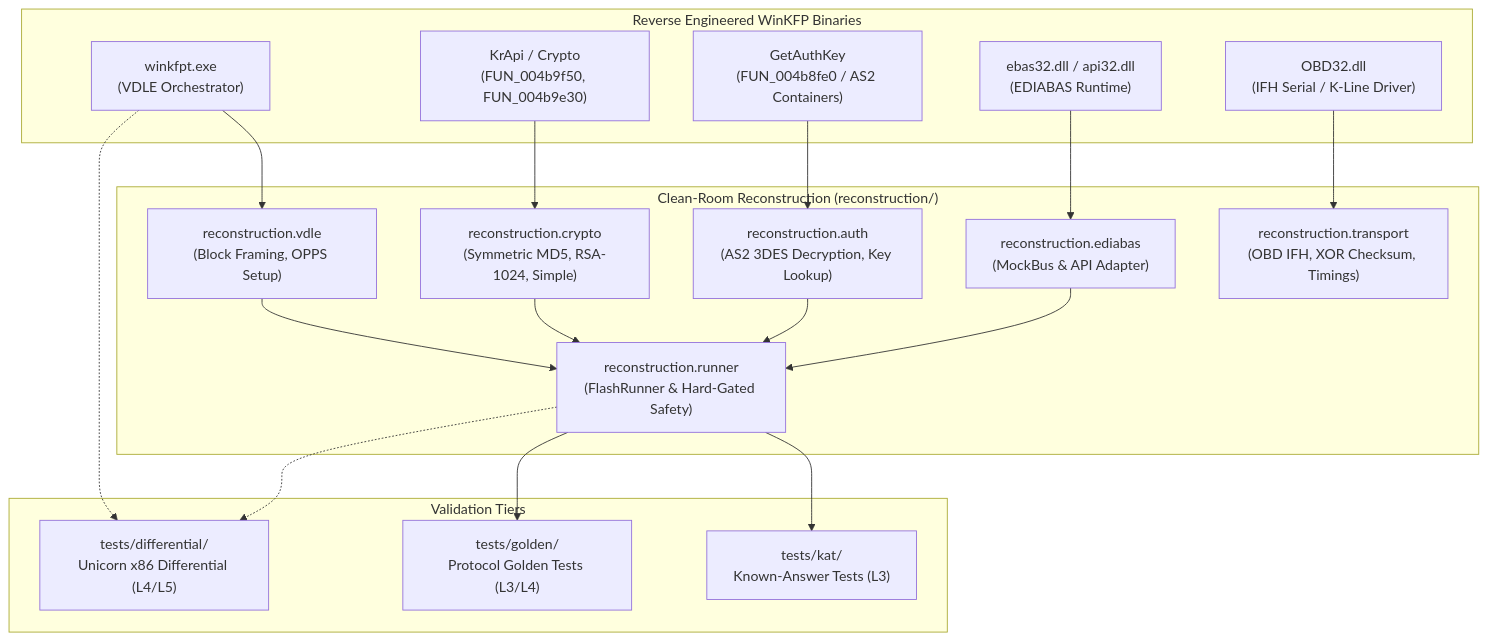
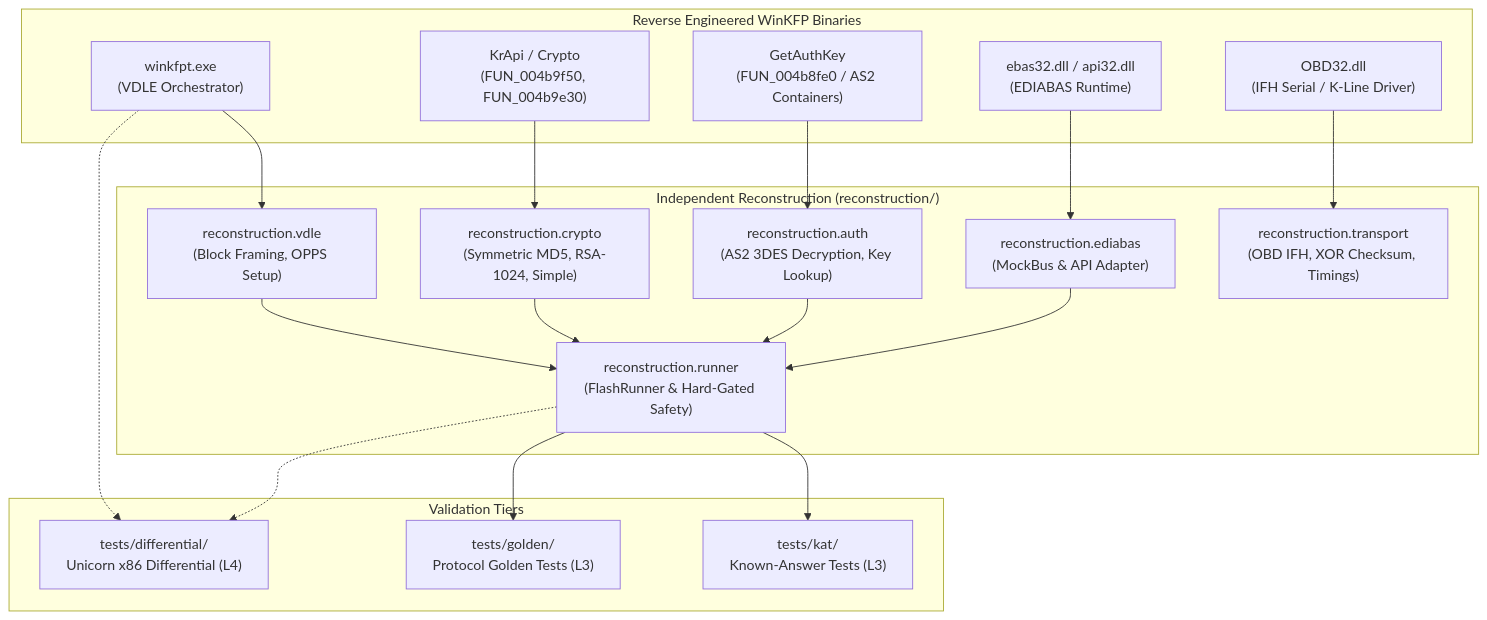
The diagram in README.md (Arkayda/winkfp-research), drawn with Mermaid before and after one commit. The commit also changed other lines of this file and 15 other files, not shown here.

````diff
--- a/README.md
+++ b/README.md
@@ -39,41 +43,41 @@
 ```mermaid
 graph TD
     subgraph "Reverse Engineered WinKFP Binaries"
         WINKFPT["winkfpt.exe<br/>(VDLE Orchestrator)"]
         KRAPI["KrApi / Crypto<br/>(FUN_004b9f50, FUN_004b9e30)"]
         KEYSTORE["GetAuthKey<br/>(FUN_004b8fe0 / AS2 Containers)"]
         EBAS["ebas32.dll / api32.dll<br/>(EDIABAS Runtime)"]
         OBD["OBD32.dll<br/>(IFH Serial / K-Line Driver)"]
     end
 
-    subgraph "Clean-Room Reconstruction (reconstruction/)"
+    subgraph "Independent Reconstruction (reconstruction/)"
         VDLE_CORE["reconstruction.vdle<br/>(Block Framing, OPPS Setup)"]
         CRYPTO_CORE["reconstruction.crypto<br/>(Symmetric MD5, RSA-1024, Simple)"]
         AUTH_CORE["reconstruction.auth<br/>(AS2 3DES Decryption, Key Lookup)"]
         EDIABAS_CORE["reconstruction.ediabas<br/>(MockBus & API Adapter)"]
         IFH_CORE["reconstruction.transport<br/>(OBD IFH, XOR Checksum, Timings)"]
         RUNNER["reconstruction.runner<br/>(FlashRunner & Hard-Gated Safety)"]
     end
 
     subgraph "Validation Tiers"
         KAT["tests/kat/<br/>Known-Answer Tests (L3)"]
-        GOLDEN["tests/golden/<br/>Protocol Golden Tests (L3/L4)"]
-        DIFF["tests/differential/<br/>Unicorn x86 Differential (L4/L5)"]
+        GOLDEN["tests/golden/<br/>Protocol Golden Tests (L3)"]
+        DIFF["tests/differential/<br/>Unicorn x86 Differential (L4)"]
     end
 
     WINKFPT --> VDLE_CORE
     KRAPI --> CRYPTO_CORE
     KEYSTORE --> AUTH_CORE
     EBAS --> EDIABAS_CORE
     OBD --> IFH_CORE
 
     VDLE_CORE --> RUNNER
     CRYPTO_CORE --> RUNNER
     AUTH_CORE --> RUNNER
     EDIABAS_CORE --> RUNNER
 
     RUNNER --> KAT
     RUNNER --> GOLDEN
     WINKFPT -.-> DIFF
     RUNNER -.-> DIFF
 ```
````
